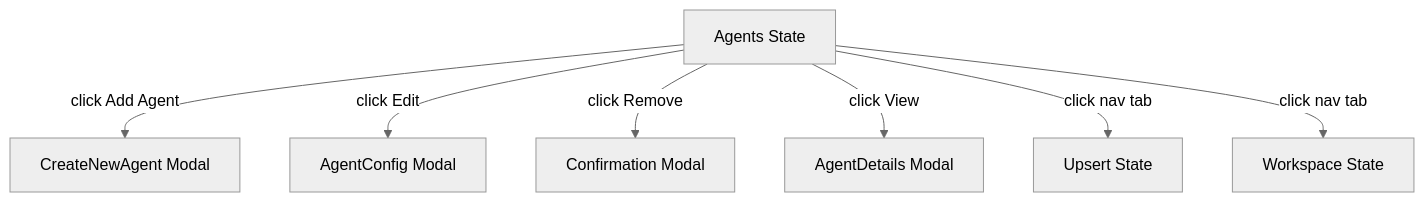
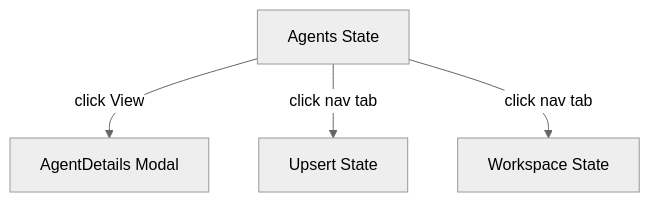
The first of 12 diagrams in disciplines/01900-procurement/UI-UX-SPECIFICATION.md (Construct-AI-primary/docs-paperclip), drawn with Mermaid (neutral theme) before and after one commit. The commit also changed other lines of this file and 10 other files, not shown here.

````diff
--- a/disciplines/01900-procurement/UI-UX-SPECIFICATION.md
+++ b/disciplines/01900-procurement/UI-UX-SPECIFICATION.md
@@ -116,9 +113,6 @@
 ```mermaid
 flowchart TD
-    AGENTS[Agents State] -->|click Add Agent| MODAL1[CreateNewAgent Modal]
-    AGENTS -->|click Edit| MODAL2[AgentConfig Modal]
-    AGENTS -->|click Remove| MODAL3[Confirmation Modal]
-    AGENTS -->|click View| MODAL4[AgentDetails Modal]
+    AGENTS[Agents State] -->|click View| MODAL4[AgentDetails Modal]
     AGENTS -->|click nav tab| UPSERT[Upsert State]
     AGENTS -->|click nav tab| WORKSPACE[Workspace State]
 ```
````
